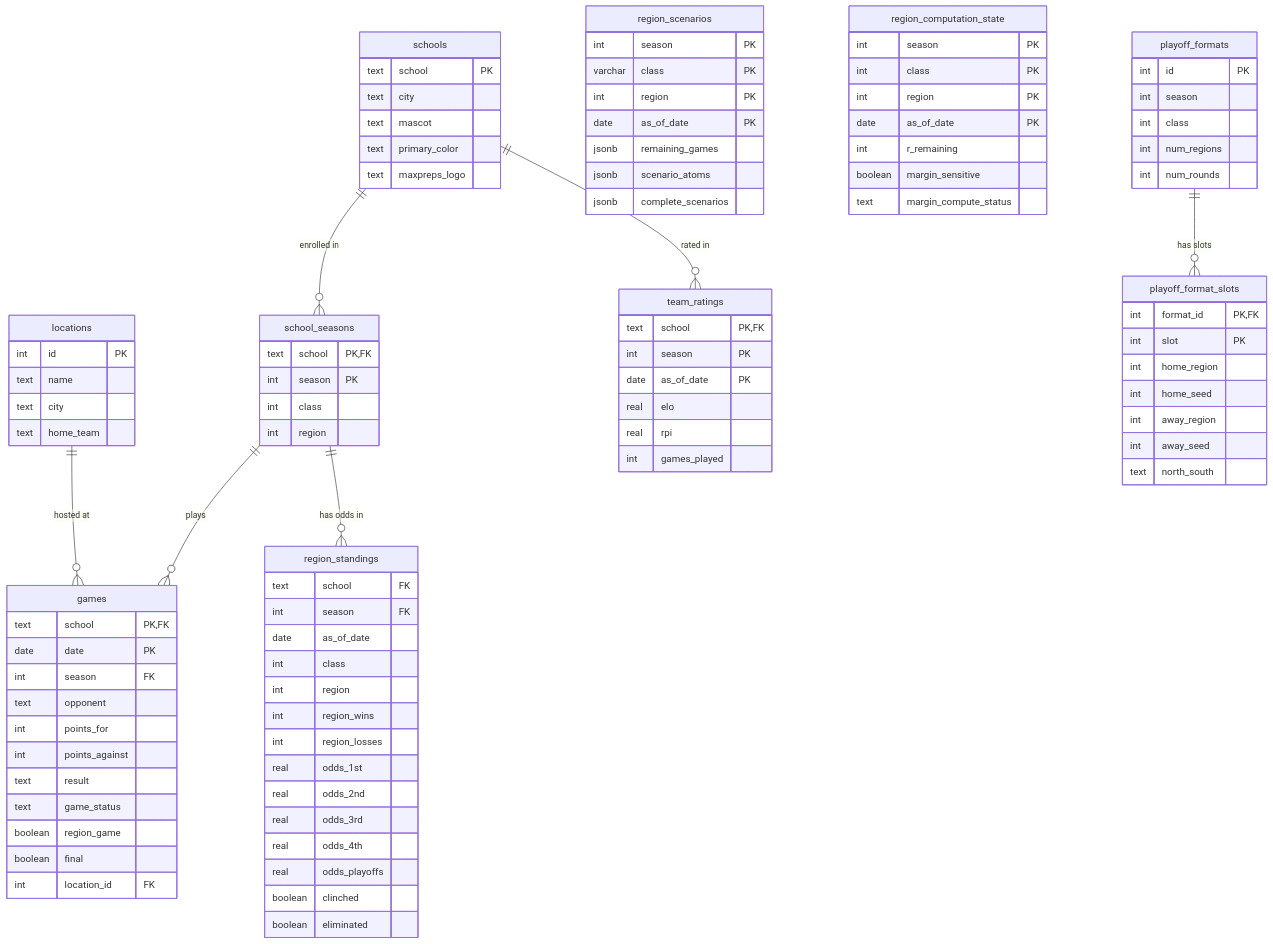
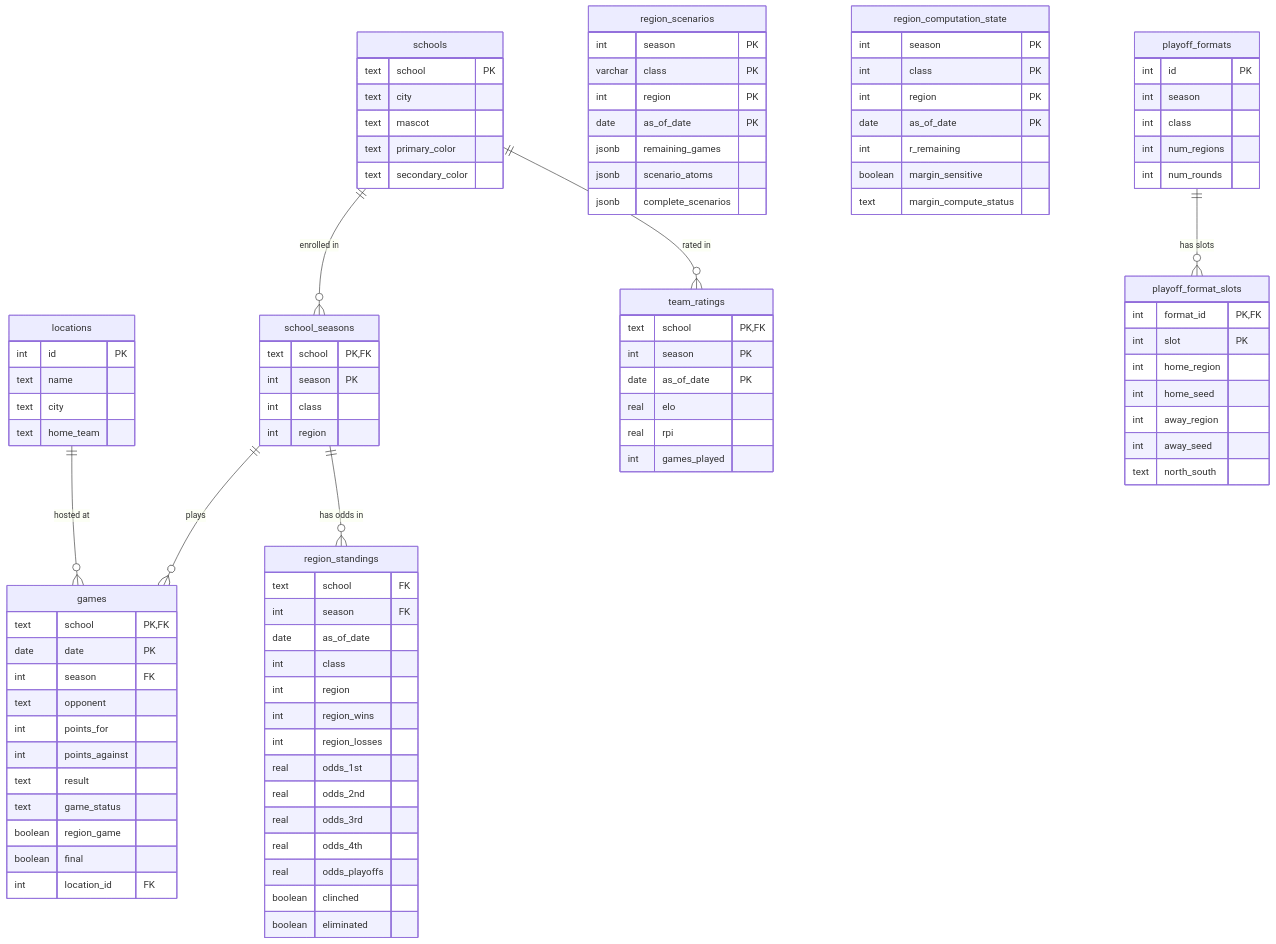
Before and after one commit to jps531/ms-hs-football-playoff-engine: the diagram in README.md, drawn with Mermaid. The commit also changed other lines of this file and 18 other files, not shown here.

```diff
--- a/README.md
+++ b/README.md
@@ -38,7 +38,7 @@
         text city
         text mascot
         text primary_color
-        text maxpreps_logo
+        text secondary_color
     }
     school_seasons {
         text school PK,FK
```
